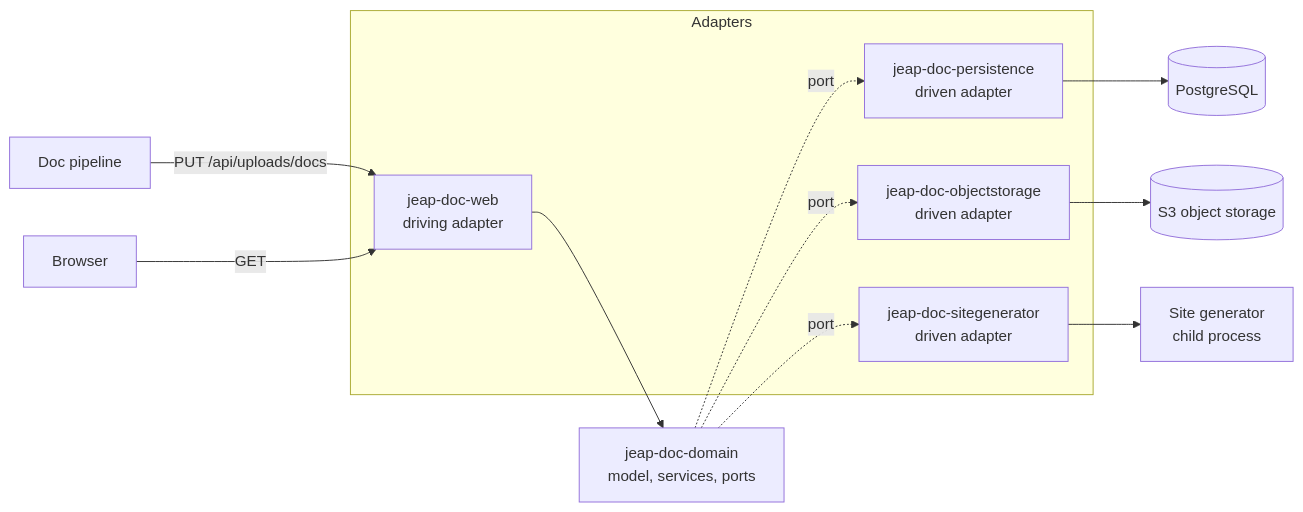
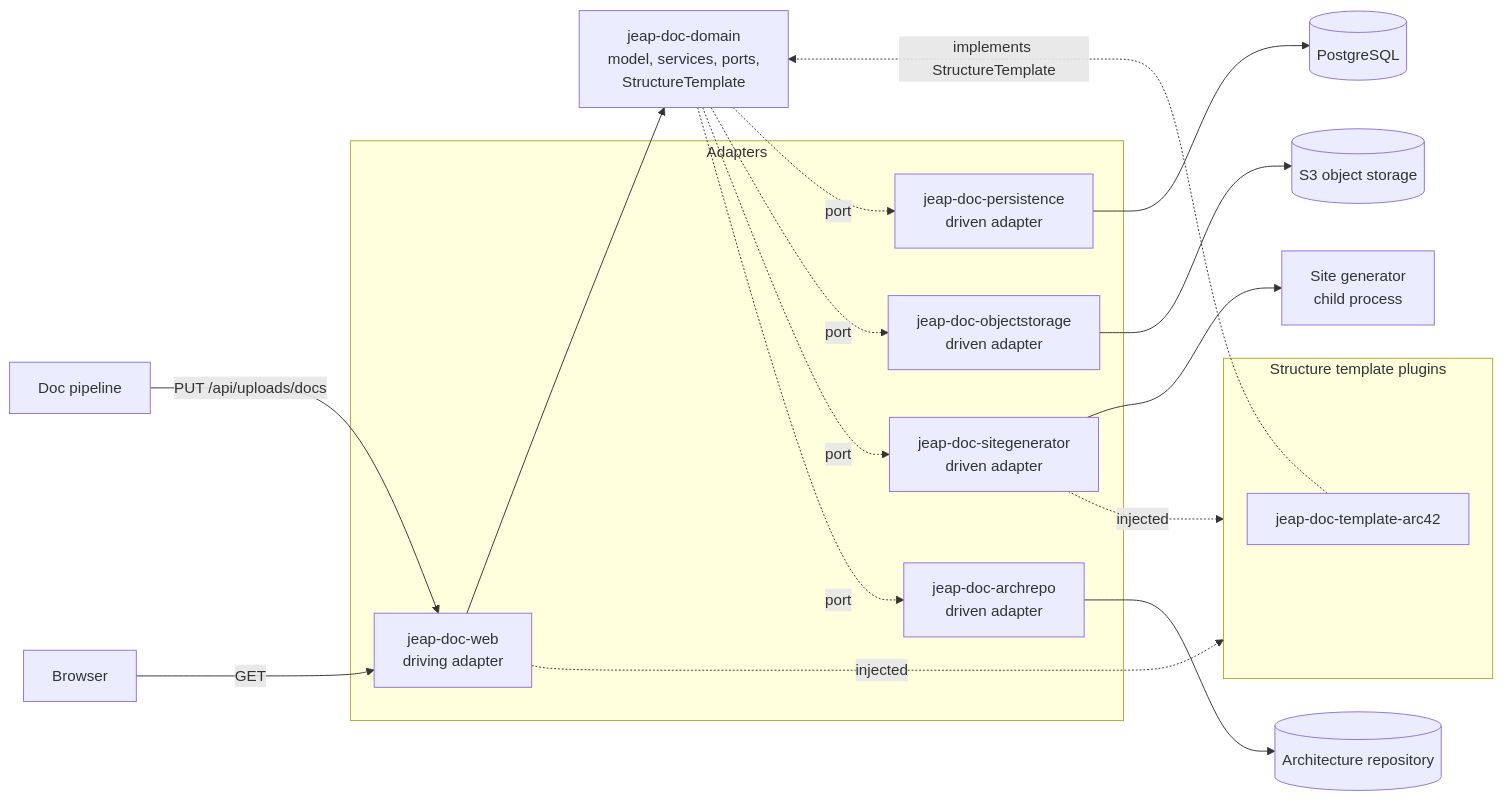
The diagram in docs/architecture.md (jeap-admin-ch/jeap-doc-service), drawn with Mermaid before and after one commit. The commit also changed other lines of this file and 364 other files, not shown here.

Commit message:
JEAP-7402 Generate the system documentation from the imported architecture model

````diff
--- a/docs/architecture.md
+++ b/docs/architecture.md
@@ -8,18 +12,27 @@
 ```mermaid
 flowchart LR
     Pipeline[Doc pipeline] -->|PUT /api/uploads/docs| Web
     Browser[Browser] -->|GET| Web
     subgraph Adapters
         Web[jeap-doc-web<br/>driving adapter]
         Persistence[jeap-doc-persistence<br/>driven adapter]
         Storage[jeap-doc-objectstorage<br/>driven adapter]
         Generator[jeap-doc-sitegenerator<br/>driven adapter]
+        ArchRepo[jeap-doc-archrepo<br/>driven adapter]
     end
-    Web --> Domain[jeap-doc-domain<br/>model, services, ports]
+    subgraph Templates[Structure template plugins]
+        Arc42[jeap-doc-template-arc42]
+    end
+    Web --> Domain[jeap-doc-domain<br/>model, services, ports,<br/>StructureTemplate]
     Domain -.->|port| Persistence
     Domain -.->|port| Storage
     Domain -.->|port| Generator
+    Domain -.->|port| ArchRepo
+    Arc42 -.->|implements StructureTemplate| Domain
+    Generator -.->|injected| Templates
+    Web -.->|injected| Templates
     Persistence --> Db[(PostgreSQL)]
     Storage --> S3[(S3 object storage)]
     Generator --> Node[Site generator<br/>child process]
+    ArchRepo --> Model[(Architecture repository)]
 ```
````
